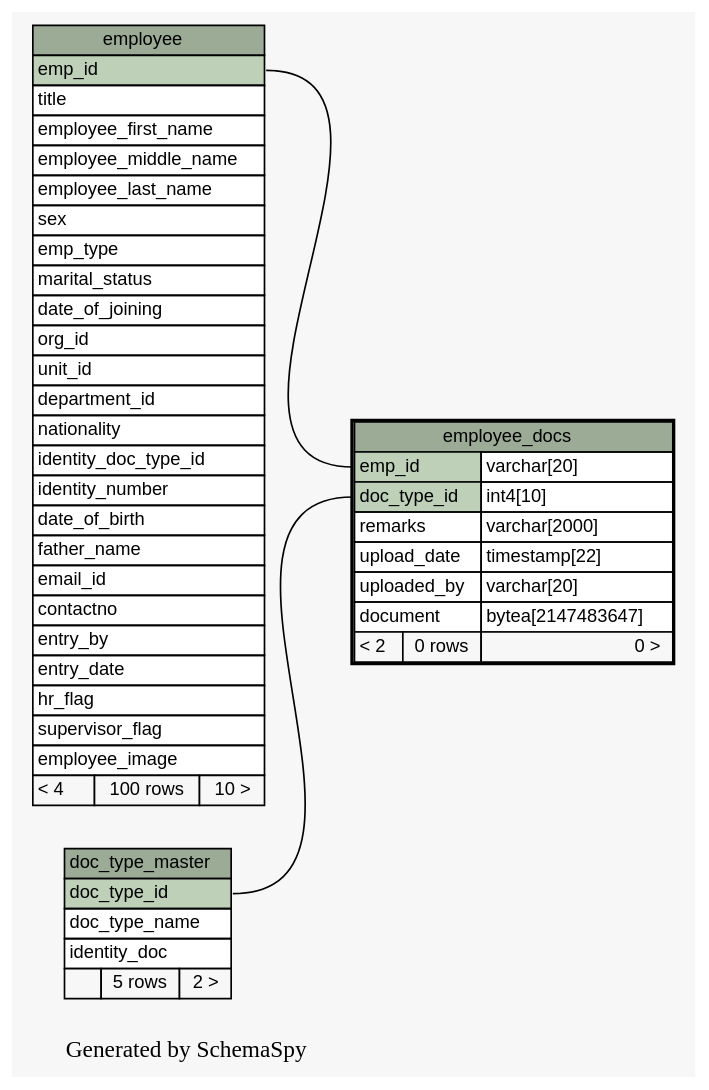
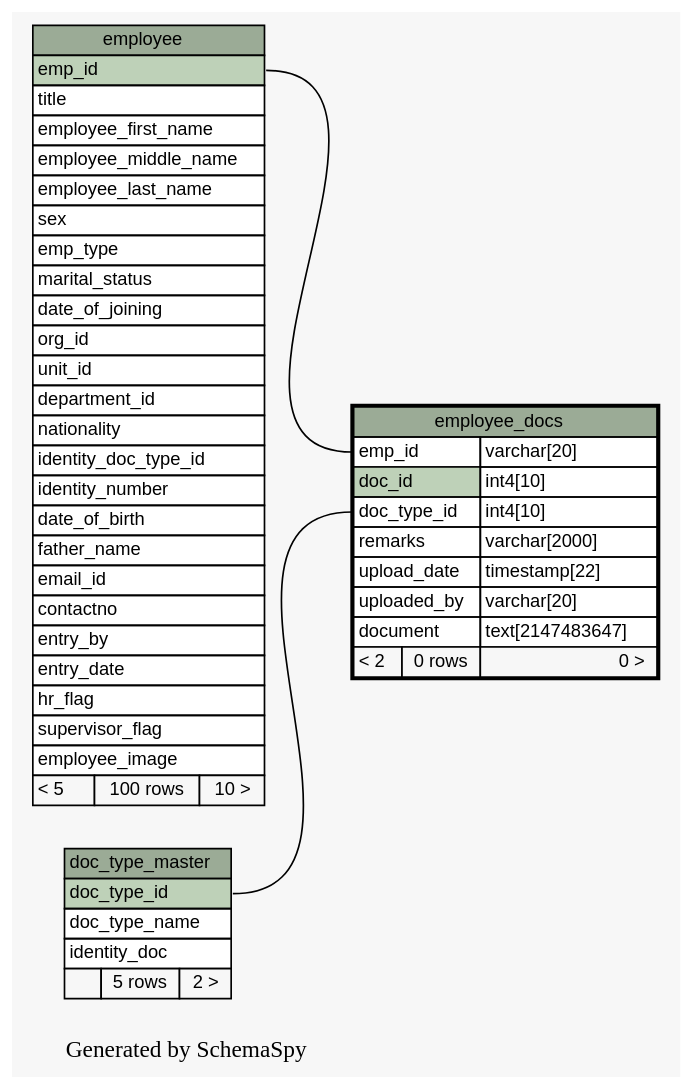
The diagram in docs/database/schemaspy/graphs/employee_docs.1degree.dot (engineerscraft/hrms), drawn with Graphviz before and after one commit. The commit also changed 204 other files, not shown here.

```diff
--- a/docs/database/schemaspy/graphs/employee_docs.1degree.dot
+++ b/docs/database/schemaspy/graphs/employee_docs.1degree.dot
@@ -1,79 +1,80 @@
 // dot 2.38.0 on Windows 7 6.1
 digraph "oneDegreeRelationshipsGraph" {
   graph [
     rankdir="RL"
     bgcolor="#f7f7f7"
     label="\nGenerated by SchemaSpy"
     labeljust="l"
   ];
   node [
     fontname="Helvetica"
     fontsize="11"
     shape="plaintext"
   ];
   edge [
     arrowsize="0.8"
   ];
-  "employee_docs":"doc_type_id":w -> "doc_type_master":"doc_type_id":e [arrowtail=crowtee arrowhead=none];
-  "employee_docs":"emp_id":w -> "employee":"emp_id":e [arrowtail=crowtee arrowhead=none];
+  "employee_docs":"doc_type_id":w -> "doc_type_master":"doc_type_id":e [arrowtail=crowodot arrowhead=none];
+  "employee_docs":"emp_id":w -> "employee":"emp_id":e [arrowtail=crowodot arrowhead=none];
   "doc_type_master" [
     label=<
     <TABLE BORDER="0" CELLBORDER="1" CELLSPACING="0" BGCOLOR="#ffffff">
       <TR><TD PORT="doc_type_master.heading" COLSPAN="3" BGCOLOR="#9bab96" ALIGN="CENTER">doc_type_master</TD></TR>
       <TR><TD PORT="doc_type_id" COLSPAN="3" BGCOLOR="#bed1b8" ALIGN="LEFT">doc_type_id</TD></TR>
       <TR><TD PORT="doc_type_name" COLSPAN="3" ALIGN="LEFT">doc_type_name</TD></TR>
       <TR><TD PORT="identity_doc" COLSPAN="3" ALIGN="LEFT">identity_doc</TD></TR>
       <TR><TD ALIGN="LEFT" BGCOLOR="#f7f7f7">  </TD><TD ALIGN="RIGHT" BGCOLOR="#f7f7f7">5 rows</TD><TD ALIGN="RIGHT" BGCOLOR="#f7f7f7">2 &gt;</TD></TR>
     </TABLE>>
     URL="doc_type_master.html#graph"
     tooltip="doc_type_master"
   ];
   "employee" [
     label=<
     <TABLE BORDER="0" CELLBORDER="1" CELLSPACING="0" BGCOLOR="#ffffff">
       <TR><TD PORT="employee.heading" COLSPAN="3" BGCOLOR="#9bab96" ALIGN="CENTER">employee</TD></TR>
       <TR><TD PORT="emp_id" COLSPAN="3" BGCOLOR="#bed1b8" ALIGN="LEFT">emp_id</TD></TR>
       <TR><TD PORT="title" COLSPAN="3" ALIGN="LEFT">title</TD></TR>
       <TR><TD PORT="employee_first_name" COLSPAN="3" ALIGN="LEFT">employee_first_name</TD></TR>
       <TR><TD PORT="employee_middle_name" COLSPAN="3" ALIGN="LEFT">employee_middle_name</TD></TR>
       <TR><TD PORT="employee_last_name" COLSPAN="3" ALIGN="LEFT">employee_last_name</TD></TR>
       <TR><TD PORT="sex" COLSPAN="3" ALIGN="LEFT">sex</TD></TR>
       <TR><TD PORT="emp_type" COLSPAN="3" ALIGN="LEFT">emp_type</TD></TR>
       <TR><TD PORT="marital_status" COLSPAN="3" ALIGN="LEFT">marital_status</TD></TR>
       <TR><TD PORT="date_of_joining" COLSPAN="3" ALIGN="LEFT">date_of_joining</TD></TR>
       <TR><TD PORT="org_id" COLSPAN="3" ALIGN="LEFT">org_id</TD></TR>
       <TR><TD PORT="unit_id" COLSPAN="3" ALIGN="LEFT">unit_id</TD></TR>
       <TR><TD PORT="department_id" COLSPAN="3" ALIGN="LEFT">department_id</TD></TR>
       <TR><TD PORT="nationality" COLSPAN="3" ALIGN="LEFT">nationality</TD></TR>
       <TR><TD PORT="identity_doc_type_id" COLSPAN="3" ALIGN="LEFT">identity_doc_type_id</TD></TR>
       <TR><TD PORT="identity_number" COLSPAN="3" ALIGN="LEFT">identity_number</TD></TR>
       <TR><TD PORT="date_of_birth" COLSPAN="3" ALIGN="LEFT">date_of_birth</TD></TR>
       <TR><TD PORT="father_name" COLSPAN="3" ALIGN="LEFT">father_name</TD></TR>
       <TR><TD PORT="email_id" COLSPAN="3" ALIGN="LEFT">email_id</TD></TR>
       <TR><TD PORT="contactno" COLSPAN="3" ALIGN="LEFT">contactno</TD></TR>
       <TR><TD PORT="entry_by" COLSPAN="3" ALIGN="LEFT">entry_by</TD></TR>
       <TR><TD PORT="entry_date" COLSPAN="3" ALIGN="LEFT">entry_date</TD></TR>
       <TR><TD PORT="hr_flag" COLSPAN="3" ALIGN="LEFT">hr_flag</TD></TR>
       <TR><TD PORT="supervisor_flag" COLSPAN="3" ALIGN="LEFT">supervisor_flag</TD></TR>
       <TR><TD PORT="employee_image" COLSPAN="3" ALIGN="LEFT">employee_image</TD></TR>
-      <TR><TD ALIGN="LEFT" BGCOLOR="#f7f7f7">&lt; 4</TD><TD ALIGN="RIGHT" BGCOLOR="#f7f7f7">100 rows</TD><TD ALIGN="RIGHT" BGCOLOR="#f7f7f7">10 &gt;</TD></TR>
+      <TR><TD ALIGN="LEFT" BGCOLOR="#f7f7f7">&lt; 5</TD><TD ALIGN="RIGHT" BGCOLOR="#f7f7f7">100 rows</TD><TD ALIGN="RIGHT" BGCOLOR="#f7f7f7">10 &gt;</TD></TR>
     </TABLE>>
     URL="employee.html#graph"
     tooltip="employee"
   ];
   "employee_docs" [
     label=<
     <TABLE BORDER="2" CELLBORDER="1" CELLSPACING="0" BGCOLOR="#ffffff">
       <TR><TD PORT="employee_docs.heading" COLSPAN="3" BGCOLOR="#9bab96" ALIGN="CENTER">employee_docs</TD></TR>
-      <TR><TD PORT="emp_id" COLSPAN="2" BGCOLOR="#bed1b8" ALIGN="LEFT">emp_id</TD><TD PORT="emp_id.type" ALIGN="LEFT">varchar[20]</TD></TR>
-      <TR><TD PORT="doc_type_id" COLSPAN="2" BGCOLOR="#bed1b8" ALIGN="LEFT">doc_type_id</TD><TD PORT="doc_type_id.type" ALIGN="LEFT">int4[10]</TD></TR>
+      <TR><TD PORT="emp_id" COLSPAN="2" ALIGN="LEFT">emp_id</TD><TD PORT="emp_id.type" ALIGN="LEFT">varchar[20]</TD></TR>
+      <TR><TD PORT="doc_id" COLSPAN="2" BGCOLOR="#bed1b8" ALIGN="LEFT">doc_id</TD><TD PORT="doc_id.type" ALIGN="LEFT">int4[10]</TD></TR>
+      <TR><TD PORT="doc_type_id" COLSPAN="2" ALIGN="LEFT">doc_type_id</TD><TD PORT="doc_type_id.type" ALIGN="LEFT">int4[10]</TD></TR>
       <TR><TD PORT="remarks" COLSPAN="2" ALIGN="LEFT">remarks</TD><TD PORT="remarks.type" ALIGN="LEFT">varchar[2000]</TD></TR>
       <TR><TD PORT="upload_date" COLSPAN="2" ALIGN="LEFT">upload_date</TD><TD PORT="upload_date.type" ALIGN="LEFT">timestamp[22]</TD></TR>
       <TR><TD PORT="uploaded_by" COLSPAN="2" ALIGN="LEFT">uploaded_by</TD><TD PORT="uploaded_by.type" ALIGN="LEFT">varchar[20]</TD></TR>
-      <TR><TD PORT="document" COLSPAN="2" ALIGN="LEFT">document</TD><TD PORT="document.type" ALIGN="LEFT">bytea[2147483647]</TD></TR>
+      <TR><TD PORT="document" COLSPAN="2" ALIGN="LEFT">document</TD><TD PORT="document.type" ALIGN="LEFT">text[2147483647]</TD></TR>
       <TR><TD ALIGN="LEFT" BGCOLOR="#f7f7f7">&lt; 2</TD><TD ALIGN="RIGHT" BGCOLOR="#f7f7f7">0 rows</TD><TD ALIGN="RIGHT" BGCOLOR="#f7f7f7">0 &gt;</TD></TR>
     </TABLE>>
     URL="employee_docs.html#"
     tooltip="employee_docs"
   ];
 }
```
